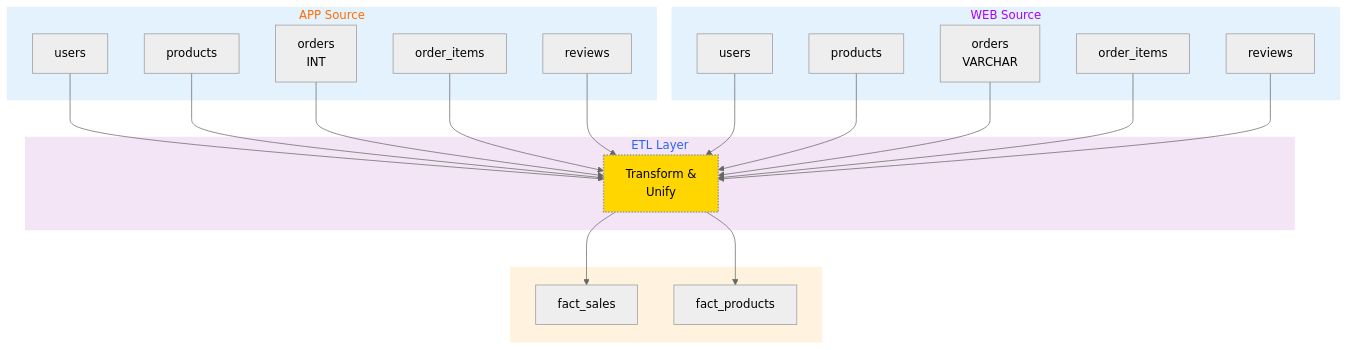
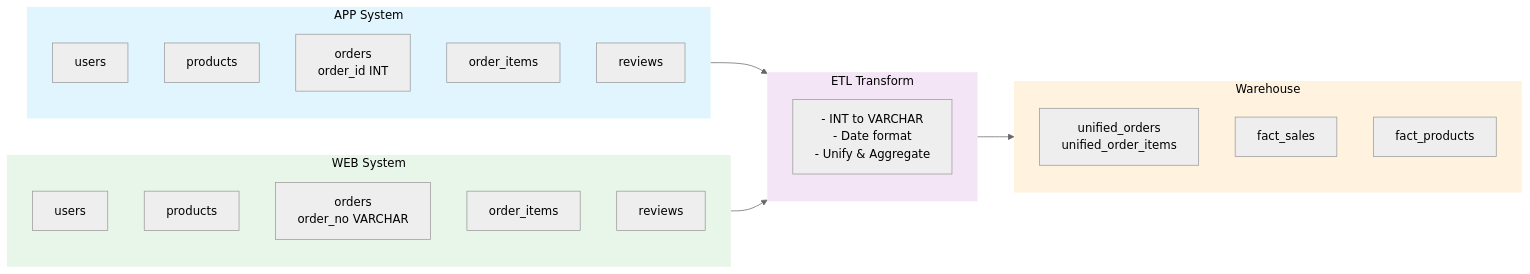
Before and after one commit to jianglei919/ecommerce_data_warehouse: the diagram in DATABASE_DESIGN_EN.md, drawn with Mermaid (neutral theme). The commit also changed other lines of this file, not shown here.

Commit message:
docs: Synchronize DATABASE_DESIGN_EN.md with refactored Chinese version - Remove V2 version labels and integrate unified orders architecture

````diff
--- a/DATABASE_DESIGN_EN.md
+++ b/DATABASE_DESIGN_EN.md
@@ -5,41 +5,37 @@
 ```mermaid
-flowchart TB
- subgraph source_app["APP Source"]
-        app_users["users"]
-        app_products["products"]
-        app_orders["orders<br>INT"]
-        app_order_items["order_items"]
-        app_reviews["reviews"]
+---
+config:
+  layout: dagre
+---
+flowchart LR
+ subgraph app["APP System"]
+        u1["users"]
+        p1["products"]
+        o1["orders<br>order_id INT"]
+        oi1["order_items"]
+        pr1["reviews"]
   end
- subgraph source_web["WEB Source"]
-        web_users["users"]
-        web_products["products"]
-        web_orders["orders<br>VARCHAR"]
-        web_order_items["order_items"]
-        web_reviews["reviews"]
+ subgraph web["WEB System"]
+        u2["users"]
+        p2["products"]
+        o2["orders<br>order_no VARCHAR"]
+        oi2["order_items"]
+        pr2["reviews"]
   end
- subgraph etl["ETL Layer"]
-        clean["Transform &amp;<br>Unify"]
+ subgraph etl["ETL Transform"]
+        transform["- INT to VARCHAR<br>- Date format<br>- Unify & Aggregate"]
   end
  subgraph warehouse["Warehouse"]
-        fact_sales["fact_sales"]
-        fact_top["fact_products"]
+        uo["unified_orders<br>unified_order_items"]
+        fs["fact_sales"]
+        tr["fact_products"]
   end
-    app_users --> clean
-    app_products --> clean
-    app_orders --> clean
-    app_order_items --> clean
-    app_reviews --> clean
-    web_users --> clean
-    web_products --> clean
-    web_orders --> clean
-    web_order_items --> clean
-    web_reviews --> clean
-    clean --> fact_sales & fact_top
+    app --> etl
+    web --> etl
+    etl --> warehouse
 
-    style clean fill:#FFD600,stroke-width:2px,stroke-dasharray: 2
-    style source_app fill:#e3f2fd,stroke:transparent,stroke-width:2px,color:#FF6D00
-    style source_web fill:#e3f2fd,stroke:transparent,stroke-width:2px,color:#AA00FF
-    style etl fill:#f3e5f5,stroke:transparent,stroke-width:2px,color:#2962FF
-    style warehouse fill:#fff3e0,stroke:transparent,stroke-width:2px,color:transparent
+    style app fill:#e1f5ff,stroke:transparent,stroke-width:2px,color:#000
+    style etl fill:#f3e5f5,stroke:transparent,stroke-width:2px,color:#000
+    style web fill:#e8f5e9,stroke:transparent,stroke-width:2px,color:#000
+    style warehouse fill:#fff3e0,stroke:transparent,stroke-width:2px,color:#000
 ```
````
